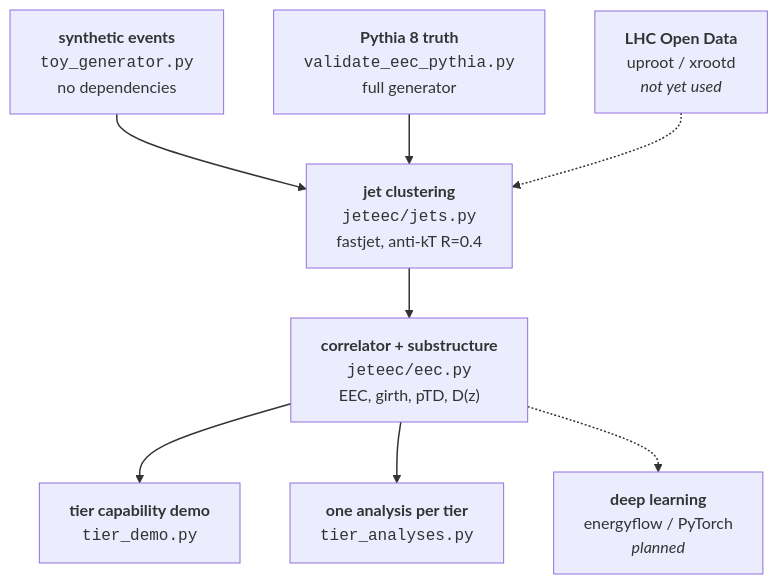
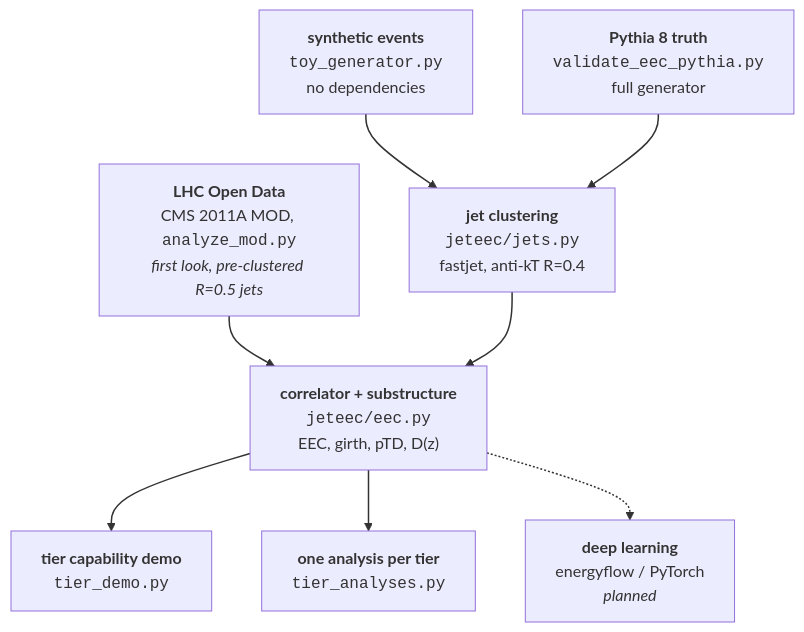
Before and after one commit to NhWee/Jet_analysis_beginner: the diagram in README.md, drawn with Mermaid. The commit also changed other lines of this file and 2 other files, not shown here.

````diff
--- a/README.md
+++ b/README.md
@@ -100,23 +106,23 @@
 ```mermaid
 flowchart TD
     G1["<b>synthetic events</b><br/><code>toy_generator.py</code><br/>no dependencies"]
     G2["<b>Pythia 8 truth</b><br/><code>validate_eec_pythia.py</code><br/>full generator"]
-    G3["<b>LHC Open Data</b><br/>uproot / xrootd<br/><i>not yet used</i>"]
+    G3["<b>LHC Open Data</b><br/>CMS 2011A MOD, <code>analyze_mod.py</code><br/><i>first look, pre-clustered R=0.5 jets</i>"]
 
     C["<b>jet clustering</b><br/><code>jeteec/jets.py</code><br/>fastjet, anti-kT R=0.4"]
     E["<b>correlator + substructure</b><br/><code>jeteec/eec.py</code><br/>EEC, girth, pTD, D(z)"]
 
     D1["<b>tier capability demo</b><br/><code>tier_demo.py</code>"]
     D2["<b>one analysis per tier</b><br/><code>tier_analyses.py</code>"]
     D3["<b>deep learning</b><br/>energyflow / PyTorch<br/><i>planned</i>"]
 
     G1 --> C
     G2 --> C
-    G3 -.-> C
+    G3 --> E
     C --> E
     E --> D1
     E --> D2
     E -.-> D3
 
     linkStyle default stroke-width:1.5px
 ```
````
